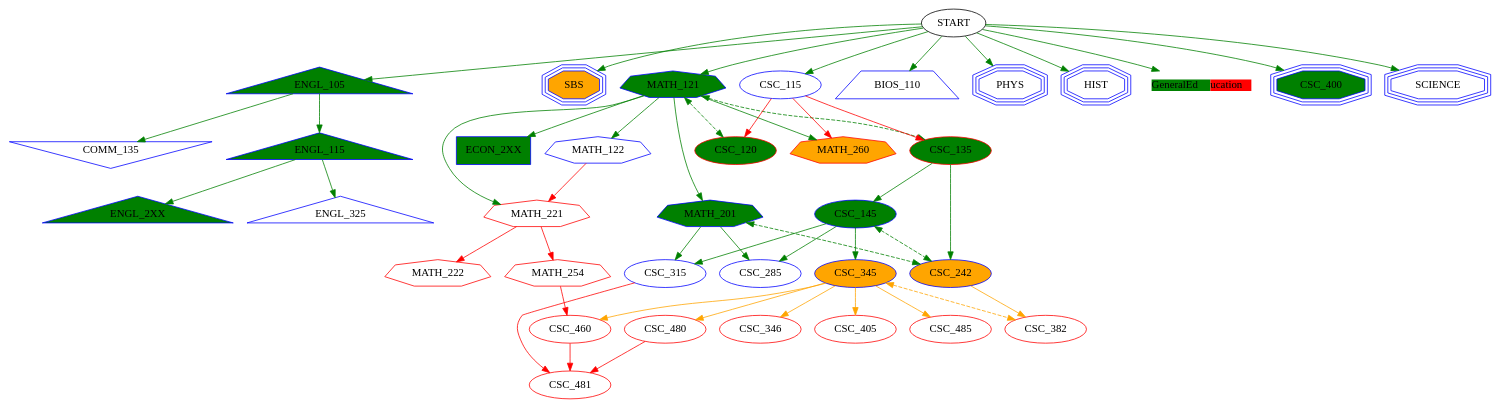
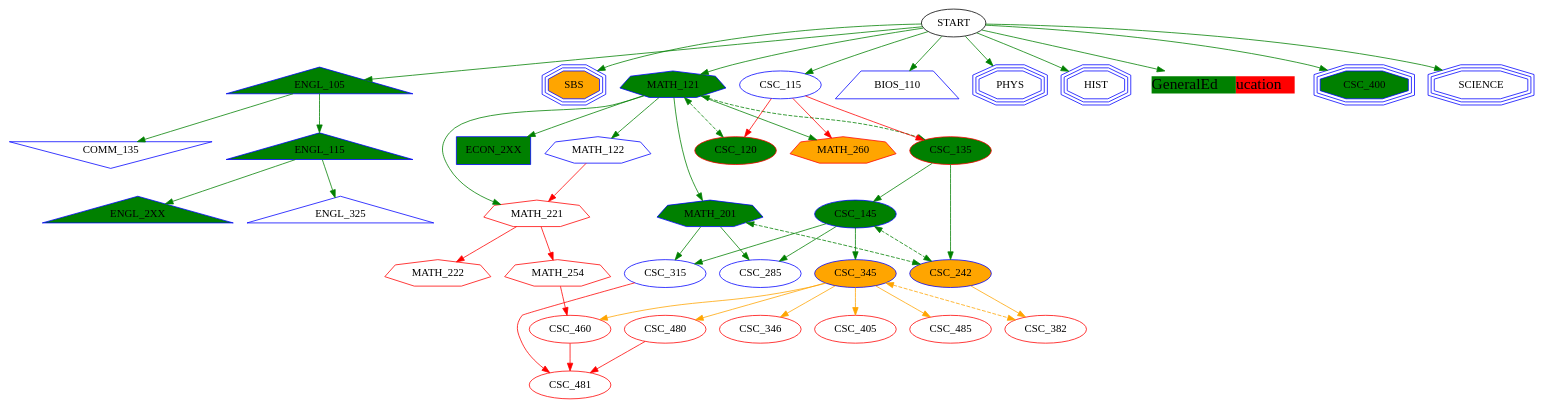
Before and after one commit to RonDeBen/GraphVizTranscriptVisualization: the diagram in transcript.dot, drawn with Graphviz. The commit also changed 2 other files, not shown here.

```diff
--- a/transcript.dot
+++ b/transcript.dot
@@ -1,91 +1,91 @@
 digraph g{
 	ENGL_105 [fillcolor=green,style=filled,shape=triangle,color=blue]
 	ENGL_115 [fillcolor=green,style=filled,shape=triangle,color=blue]
 	ECON_2XX [fillcolor=green,style=filled,shape=box,color=blue]
 	SBS [fillcolor=orange,style=filled,shape=tripleoctagon,color=blue]
 	MATH_121 [fillcolor=green,style=filled,shape=septagon,color=blue]
 	MATH_122 [fillcolor=white,style=filled,shape=septagon,color=blue]
 	MATH_221 [fillcolor=white,style=filled,shape=septagon,color=red]
 	MATH_222 [fillcolor=white,style=filled,shape=septagon,color=red]
 	BIOS_110 [fillcolor=white,style=filled,shape=trapezium,color=blue]
 	PHYS [fillcolor=white,style=filled,shape=tripleoctagon,color=blue]
 	COMM_135 [fillcolor=white,style=filled,shape=invtriangle,color=blue]
 	HIST [fillcolor=white,style=filled,shape=tripleoctagon,color=blue]
 	ENGL_2XX [fillcolor=green,style=filled,shape=triangle,color=blue]
-	GEN_ED[shape="none", label=<
+	GEN_ED[shape="none", fontsize=20, label=<
 <table cellpadding="0" cellborder="0" cellspacing="0" border="0">
 <tr>
 <td bgcolor="green">GeneralEd</td>
 <td bgcolor="red">ucation</td>
 </tr>
 </table>
 >]
 	CSC_115 [fillcolor=white,style=filled,shape=ellipse,color=blue]
 	CSC_120 [fillcolor=green,style=filled,shape=ellipse,color=red]
 	CSC_135 [fillcolor=green,style=filled,shape=ellipse,color=red]
 	CSC_145 [fillcolor=green,style=filled,shape=ellipse,color=blue]
 	CSC_242 [fillcolor=orange,style=filled,shape=ellipse,color=blue]
 	CSC_285 [fillcolor=white,style=filled,shape=ellipse,color=blue]
 	CSC_315 [fillcolor=white,style=filled,shape=ellipse,color=blue]
 	CSC_345 [fillcolor=orange,style=filled,shape=ellipse,color=blue]
 	CSC_346 [fillcolor=white,style=filled,shape=ellipse,color=red]
 	CSC_382 [fillcolor=white,style=filled,shape=ellipse,color=red]
 	CSC_405 [fillcolor=white,style=filled,shape=ellipse,color=red]
 	CSC_460 [fillcolor=white,style=filled,shape=ellipse,color=red]
 	CSC_480 [fillcolor=white,style=filled,shape=ellipse,color=red]
 	CSC_481 [fillcolor=white,style=filled,shape=ellipse,color=red]
 	CSC_485 [fillcolor=white,style=filled,shape=ellipse,color=red]
 	CSC_400 [fillcolor=green,style=filled,shape=tripleoctagon,color=blue]
 	ENGL_325 [fillcolor=white,style=filled,shape=triangle,color=blue]
 	SCIENCE [fillcolor=white,style=filled,shape=tripleoctagon,color=blue]
 	MATH_201 [fillcolor=green,style=filled,shape=septagon,color=blue]
 	MATH_254 [fillcolor=white,style=filled,shape=septagon,color=red]
 	MATH_260 [fillcolor=orange,style=filled,shape=septagon,color=red]
 	START -> ENGL_105 [color=green]
 	ENGL_105 -> ENGL_115 [color=green]
 	MATH_121 -> ECON_2XX [color=green]
 	START -> SBS [color=green]
 	START -> MATH_121 [color=green]
 	MATH_121 -> MATH_122 [color=green]
 	MATH_121 -> MATH_221 [color=green]
 	MATH_122 -> MATH_221 [color=red]
 	MATH_221 -> MATH_222 [color=red]
 	START -> BIOS_110 [color=green]
 	START -> PHYS [color=green]
 	ENGL_105 -> COMM_135 [color=green]
 	START -> HIST [color=green]
 	ENGL_115 -> ENGL_2XX [color=green]
 	START -> GEN_ED [color=green]
 	START -> CSC_115 [color=green]
 	CSC_115 -> CSC_120 [color=red]
 	MATH_121 -> CSC_120 [style=dashed,dir=both,color=green]
 	CSC_115 -> CSC_135 [color=red]
 	MATH_121 -> CSC_135 [style=dashed,dir=both,color=green]
 	CSC_135 -> CSC_145 [color=green]
 	CSC_135 -> CSC_242 [color=green]
 	CSC_145 -> CSC_242 [style=dashed,dir=both,color=green]
 	MATH_201 -> CSC_242 [style=dashed,dir=both,color=green]
 	CSC_145 -> CSC_285 [color=green]
 	MATH_201 -> CSC_285 [color=green]
 	CSC_145 -> CSC_315 [color=green]
 	MATH_201 -> CSC_315 [color=green]
 	CSC_145 -> CSC_345 [color=green]
 	CSC_345 -> CSC_346 [color=orange]
 	CSC_242 -> CSC_382 [color=orange]
 	CSC_345 -> CSC_382 [style=dashed,dir=both,color=orange]
 	CSC_345 -> CSC_405 [color=orange]
 	CSC_345 -> CSC_460 [color=orange]
 	MATH_254 -> CSC_460 [color=red]
 	CSC_345 -> CSC_480 [color=orange]
 	CSC_480 -> CSC_481 [color=red]
 	CSC_315 -> CSC_481 [color=red]
 	CSC_460 -> CSC_481 [color=red]
 	CSC_345 -> CSC_485 [color=orange]
 	START -> CSC_400 [color=green]
 	ENGL_115 -> ENGL_325 [color=green]
 	START -> SCIENCE [color=green]
 	MATH_121 -> MATH_201 [color=green]
 	MATH_221 -> MATH_254 [color=red]
 	MATH_121 -> MATH_260 [color=green]
 	CSC_115 -> MATH_260 [color=red]
 }
```
